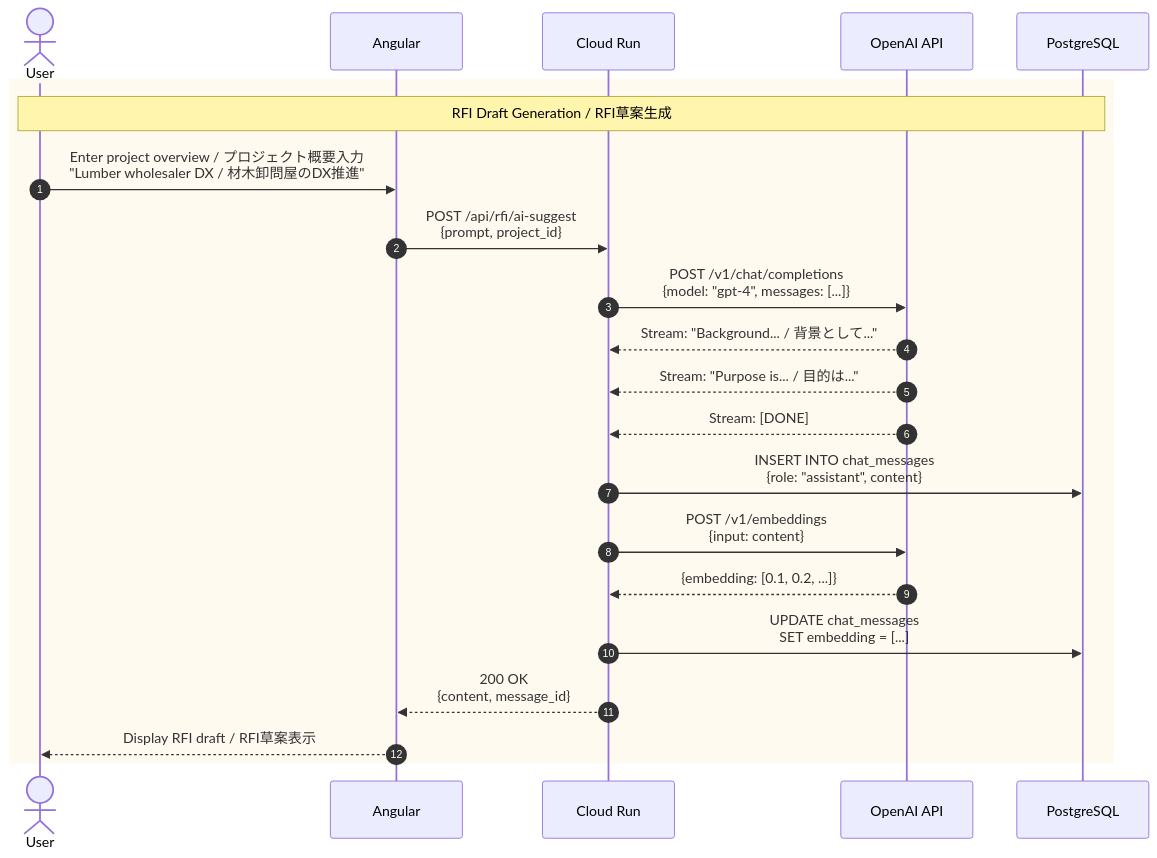
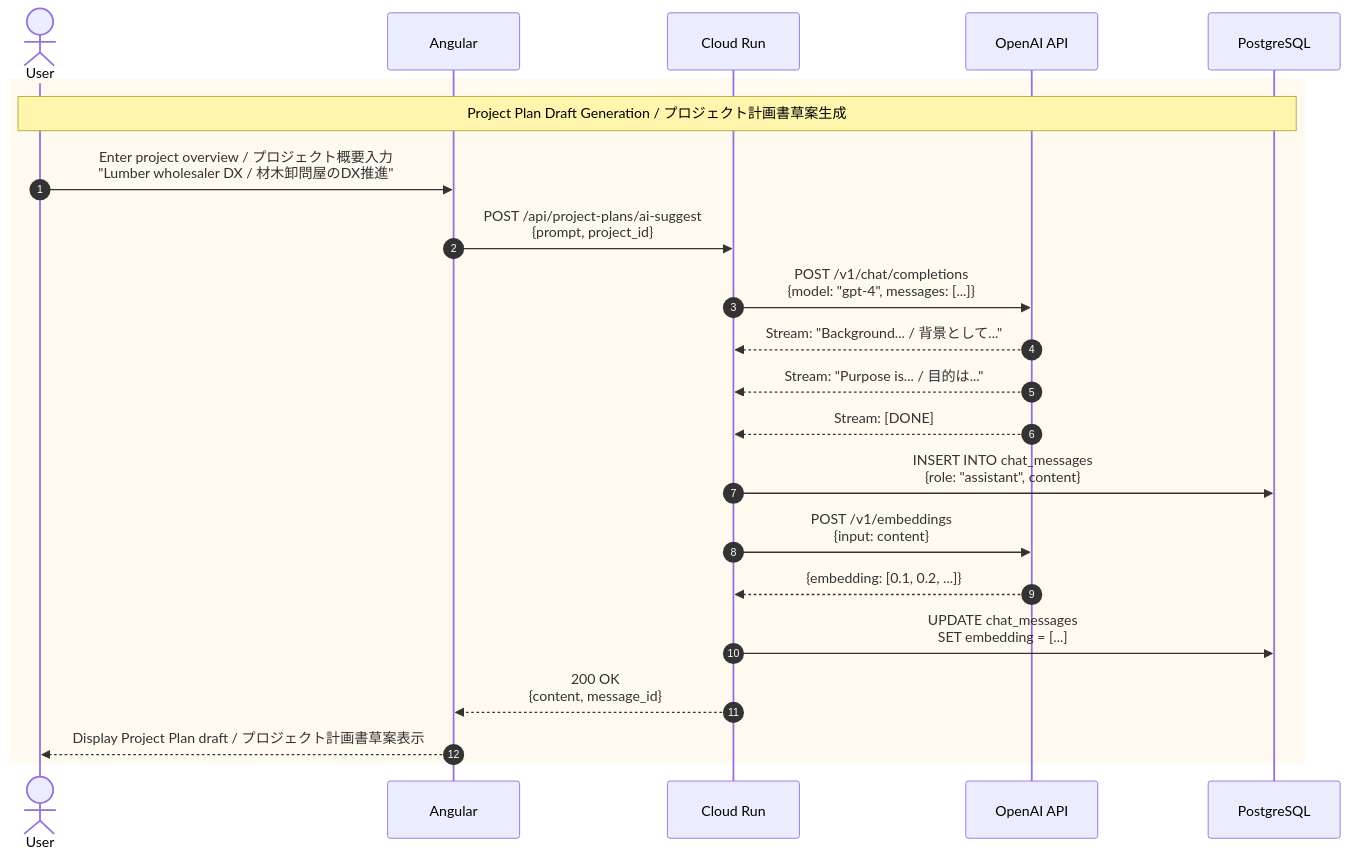
One commit to PhamDuBin/pep changed the diagram in docs/architecture/ai-integration.md. Above: the diagram before and after it, drawn with Mermaid. The commit also changed other lines of this file and 23 other files, not shown here.

````diff
--- a/docs/architecture/ai-integration.md
+++ b/docs/architecture/ai-integration.md
@@ -11,28 +11,28 @@
 ```mermaid
 sequenceDiagram
     autonumber
     actor User
     participant FE as Angular
     participant API as Cloud Run
     participant AI as OpenAI API
     participant DB as PostgreSQL
 
     rect rgb(255, 250, 240)
-        Note over User, DB: RFI Draft Generation / RFI草案生成
+        Note over User, DB: Project Plan Draft Generation / プロジェクト計画書草案生成
         User->>FE: Enter project overview / プロジェクト概要入力<br/>"Lumber wholesaler DX / 材木卸問屋のDX推進"
-        FE->>API: POST /api/rfi/ai-suggest<br/>{prompt, project_id}
+        FE->>API: POST /api/project-plans/ai-suggest<br/>{prompt, project_id}
 
         API->>AI: POST /v1/chat/completions<br/>{model: "gpt-4", messages: [...]}
         AI-->>API: Stream: "Background... / 背景として..."
         AI-->>API: Stream: "Purpose is... / 目的は..."
         AI-->>API: Stream: [DONE]
 
         API->>DB: INSERT INTO chat_messages<br/>{role: "assistant", content}
         API->>AI: POST /v1/embeddings<br/>{input: content}
         AI-->>API: {embedding: [0.1, 0.2, ...]}
         API->>DB: UPDATE chat_messages<br/>SET embedding = [...]
 
         API-->>FE: 200 OK<br/>{content, message_id}
-        FE-->>User: Display RFI draft / RFI草案表示
+        FE-->>User: Display Project Plan draft / プロジェクト計画書草案表示
     end
 ```
````
